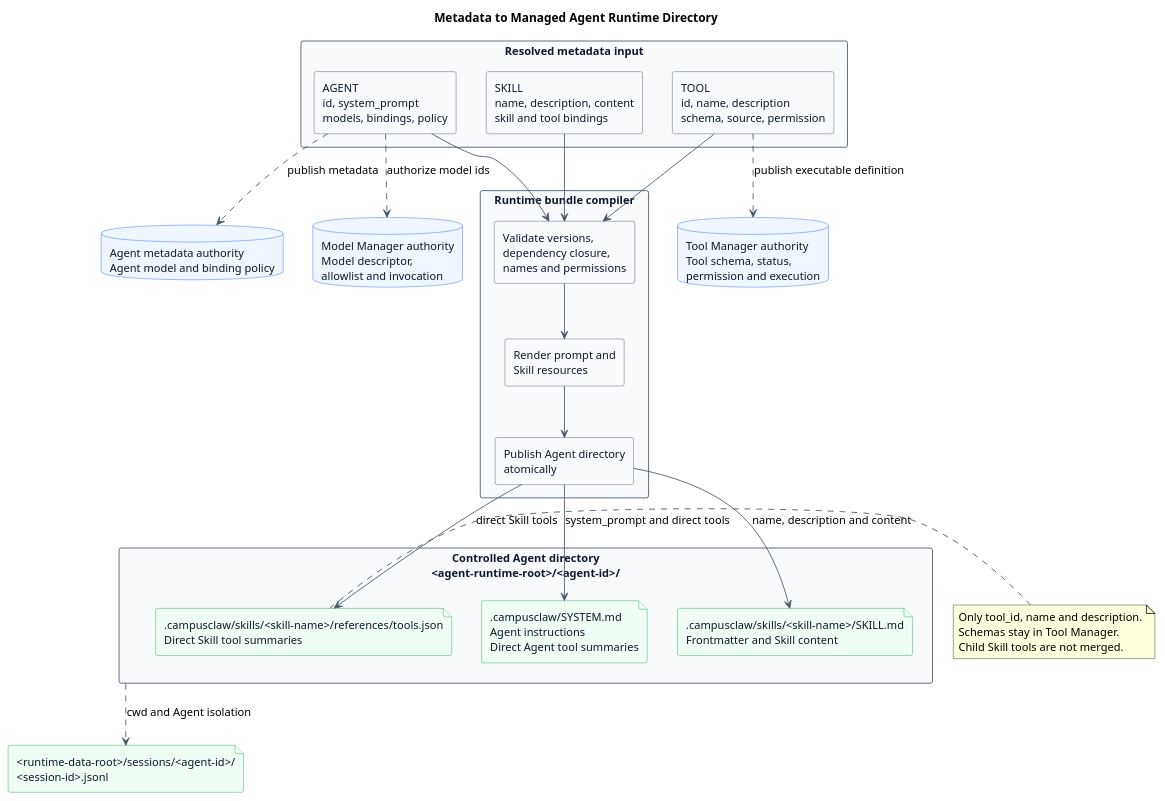
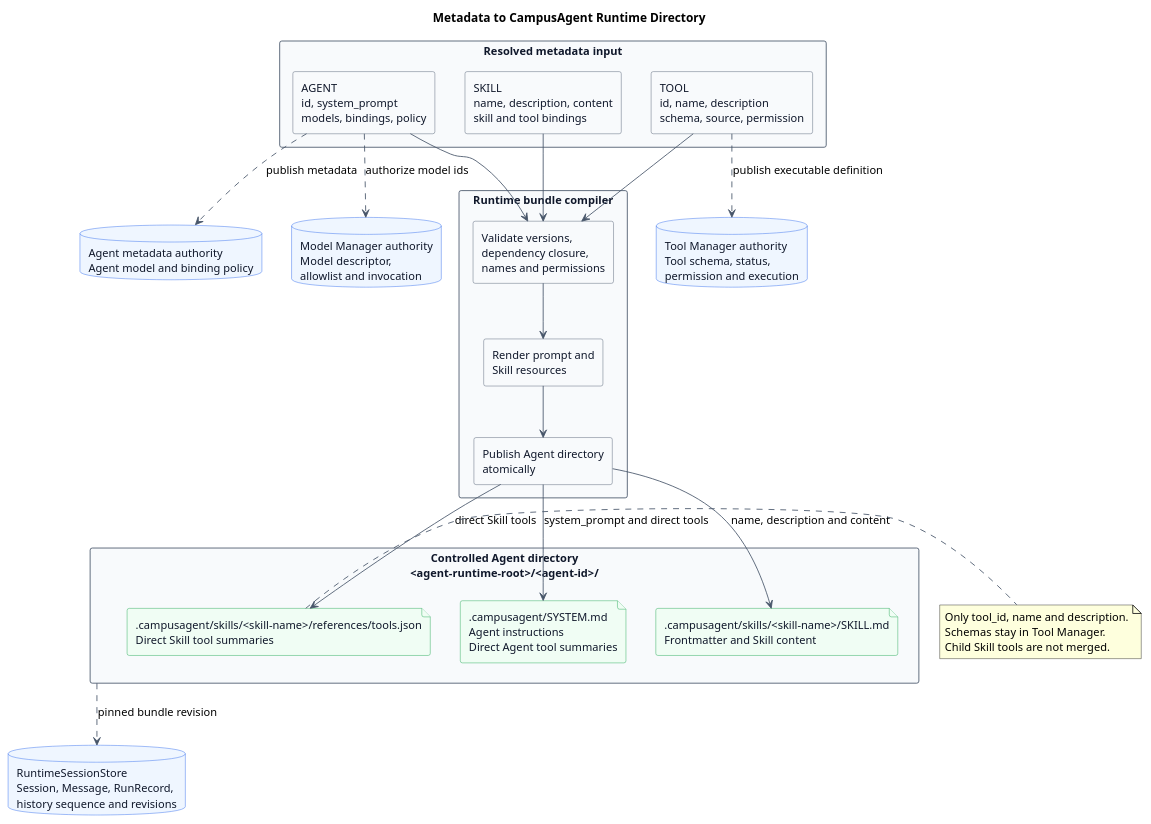
The first of 8 diagrams in pi-mono-java-manager-driven-multi-agent-runtime/diagram.puml (superheromeZzh/pi-mono-java-design), drawn with PlantUML before and after one commit. The commit also changed other lines of this file and 27 other files, not shown here.

Commit message:
docs(agent): unify CampusAgent WebSocket v2 design

```diff
--- a/pi-mono-java-manager-driven-multi-agent-runtime/diagram.puml
+++ b/pi-mono-java-manager-driven-multi-agent-runtime/diagram.puml
@@ -1,75 +1,77 @@
 @startuml metadata_runtime_directory_mapping
-title Metadata to Managed Agent Runtime Directory
+title Metadata to CampusAgent Runtime Directory
 
 ' Source evidence:
 ' pi-mono packages/coding-agent/src/core/skills.ts: Skill, loadSkillFromFile, formatSkillsForPrompt
 ' pi-mono-java modules/coding-agent-cli/src/main/java/com/campusclaw/codingagent/context/ContextFileLoader.java: loadSystemPrompt
 ' pi-mono-java modules/coding-agent-cli/src/main/java/com/campusclaw/codingagent/session/AgentSession.java: loadSkills
 ' Observed behavior: pi and pi-mono-java discover Skill metadata from SKILL.md frontmatter.
 ' Java divergence: the target compiler materializes only one controlled Agent directory.
+' Target design: the Managed loader reads .campusagent only; legacy code keeps .campusclaw.
+' Target design: RuntimeSessionStore persists Session state in a shared database.
 ' Design reason: keep Agent-specific disclosure local while Managers remain runtime authorities.
 
 skinparam backgroundColor #FFFFFF
 skinparam shadowing false
 skinparam defaultFontName Arial
 skinparam defaultFontSize 13
 skinparam rectangle {
   BackgroundColor #F8FAFC
   BorderColor #475569
   FontColor #0F172A
 }
 skinparam database {
   BackgroundColor #EFF6FF
   BorderColor #2563EB
   FontColor #0F172A
 }
 skinparam file {
   BackgroundColor #F0FDF4
   BorderColor #16A34A
   FontColor #0F172A
 }
 skinparam ArrowColor #475569
 
 rectangle "Resolved metadata input" as Input {
   rectangle "AGENT\nid, system_prompt\nmodels, bindings, policy" as AgentMetadata
   rectangle "SKILL\nname, description, content\nskill and tool bindings" as SkillMetadata
   rectangle "TOOL\nid, name, description\nschema, source, permission" as ToolMetadata
 }
 
 rectangle "Runtime bundle compiler" as Compiler {
   rectangle "Validate versions,\ndependency closure,\nnames and permissions" as Validate
   rectangle "Render prompt and\nSkill resources" as Render
   rectangle "Publish Agent directory\natomically" as Publish
 }
 
 rectangle "Controlled Agent directory\n<agent-runtime-root>/<agent-id>/" as AgentDirectory {
-  file ".campusclaw/SYSTEM.md\nAgent instructions\nDirect Agent tool summaries" as SystemFile
-  file ".campusclaw/skills/<skill-name>/SKILL.md\nFrontmatter and Skill content" as SkillFile
-  file ".campusclaw/skills/<skill-name>/references/tools.json\nDirect Skill tool summaries" as SkillToolsFile
+  file ".campusagent/SYSTEM.md\nAgent instructions\nDirect Agent tool summaries" as SystemFile
+  file ".campusagent/skills/<skill-name>/SKILL.md\nFrontmatter and Skill content" as SkillFile
+  file ".campusagent/skills/<skill-name>/references/tools.json\nDirect Skill tool summaries" as SkillToolsFile
 }
 
 database "Agent metadata authority\nAgent model and binding policy" as AgentAuthority
 database "Tool Manager authority\nTool schema, status,\npermission and execution" as ToolManager
 database "Model Manager authority\nModel descriptor,\nallowlist and invocation" as ModelManager
-file "<runtime-data-root>/sessions/<agent-id>/\n<session-id>.jsonl" as SessionFile
+database "RuntimeSessionStore\nSession, Message, RunRecord,\nhistory sequence and revisions" as SessionStore
 
 AgentMetadata --> Validate
 SkillMetadata --> Validate
 ToolMetadata --> Validate
 Validate --> Render
 Render --> Publish
 Publish --> SystemFile : system_prompt and direct tools
 Publish --> SkillFile : name, description and content
 Publish --> SkillToolsFile : direct Skill tools
 
 AgentMetadata ..> AgentAuthority : publish metadata
 ToolMetadata ..> ToolManager : publish executable definition
 AgentMetadata ..> ModelManager : authorize model ids
-AgentDirectory ..> SessionFile : cwd and Agent isolation
+AgentDirectory ..> SessionStore : pinned bundle revision
 
 note right of SkillToolsFile
 Only tool_id, name and description.
 Schemas stay in Tool Manager.
 Child Skill tools are not merged.
 end note
 @enduml
```
